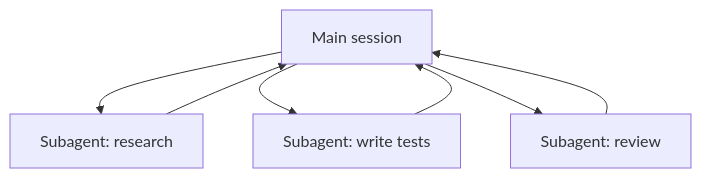
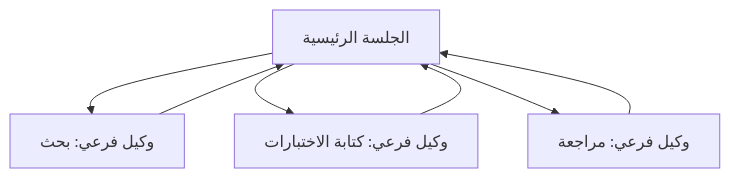
One commit to derob98/ailmanac changed the diagram in i18n/ar/docusaurus-plugin-content-docs/current/claude-code/subagents.mdx. Above: the diagram before and after it, drawn with Mermaid. The commit also changed other lines of this file and 43 other files, not shown here.

````diff
--- a/i18n/ar/docusaurus-plugin-content-docs/current/claude-code/subagents.mdx
+++ b/i18n/ar/docusaurus-plugin-content-docs/current/claude-code/subagents.mdx
@@ -21,9 +21,9 @@
 ```mermaid
 flowchart TD
-  M[Main session] --> A[Subagent: research]
-  M --> B[Subagent: write tests]
-  M --> C[Subagent: review]
+  M[الجلسة الرئيسية] --> A[وكيل فرعي: بحث]
+  M --> B[وكيل فرعي: كتابة الاختبارات]
+  M --> C[وكيل فرعي: مراجعة]
   A --> M
   B --> M
   C --> M
 ```
````
